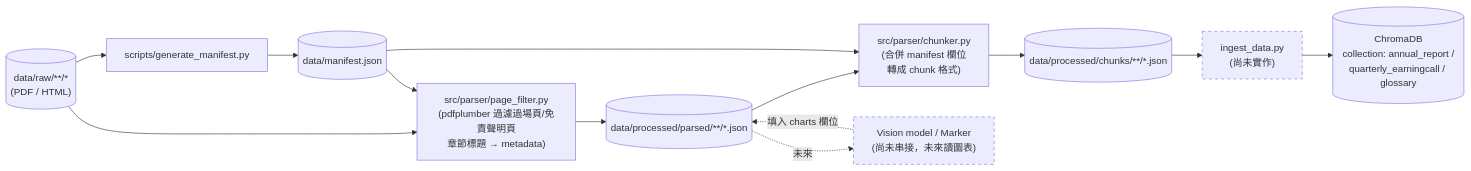
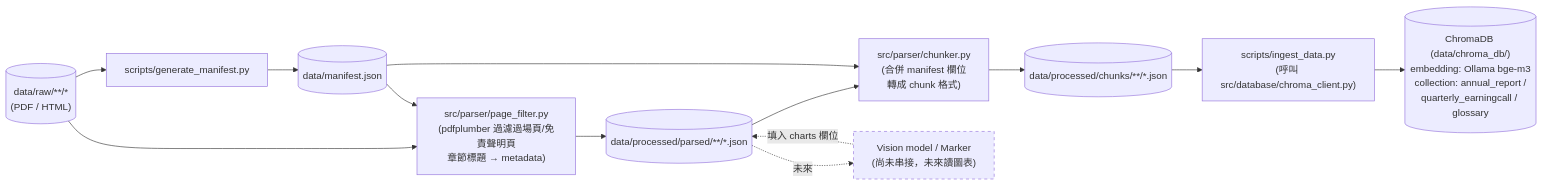
The diagram in financial_rag/docs/manifest_schema.md (RogerRJSiao/my-genai), drawn with Mermaid before and after one commit. The commit also changed other lines of this file, not shown here.

Commit message:
docs[genai]: document ChromaDB ingestion step in manifest schema

````diff
--- a/financial_rag/docs/manifest_schema.md
+++ b/financial_rag/docs/manifest_schema.md
@@ -21,25 +22,24 @@
 ```mermaid
 flowchart LR
     raw[("data/raw/**/*\n(PDF / HTML)")]
     gm["scripts/generate_manifest.py"]
     manifest[("data/manifest.json")]
     pf["src/parser/page_filter.py\n(pdfplumber 過濾過場頁/免責聲明頁\n章節標題 → metadata)"]
     parsed[("data/processed/parsed/**/*.json")]
     ck["src/parser/chunker.py\n(合併 manifest 欄位\n轉成 chunk 格式)"]
     chunks[("data/processed/chunks/**/*.json")]
-    ingest["ingest_data.py\n(尚未實作)"]
-    chroma[("ChromaDB\ncollection: annual_report /\nquarterly_earningcall / glossary")]
+    ingest["scripts/ingest_data.py\n(呼叫 src/database/chroma_client.py)"]
+    chroma[("ChromaDB (data/chroma_db/)\nembedding: Ollama bge-m3\ncollection: annual_report /\nquarterly_earningcall / glossary")]
     vision["Vision model / Marker\n(尚未串接，未來讀圖表)"]
 
     raw --> gm --> manifest
     raw --> pf
     manifest --> pf --> parsed
     parsed --> ck
     manifest --> ck --> chunks
     chunks --> ingest --> chroma
     parsed -. 未來 .-> vision
     vision -. 填入 charts 欄位 .-> parsed
 
-    style ingest stroke-dasharray: 5 5
     style vision stroke-dasharray: 5 5
 ```
````
